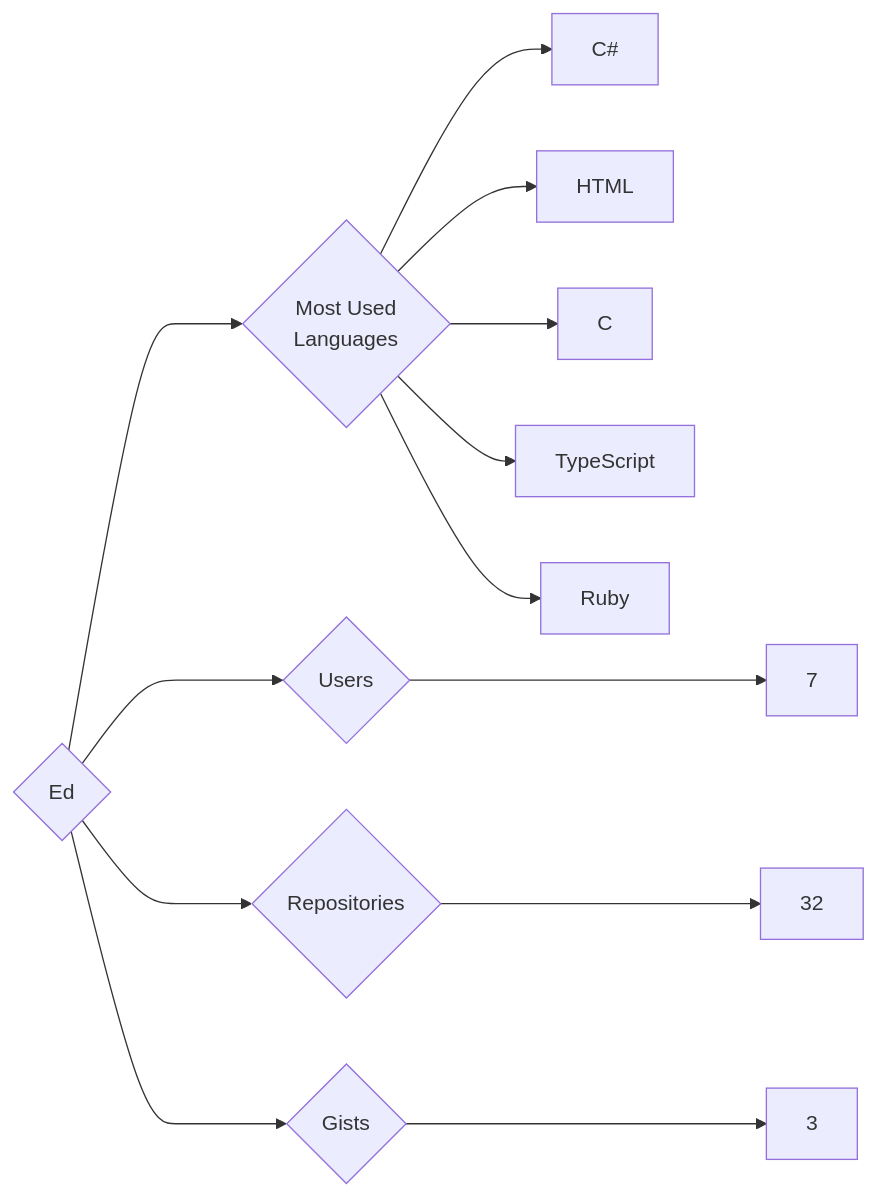
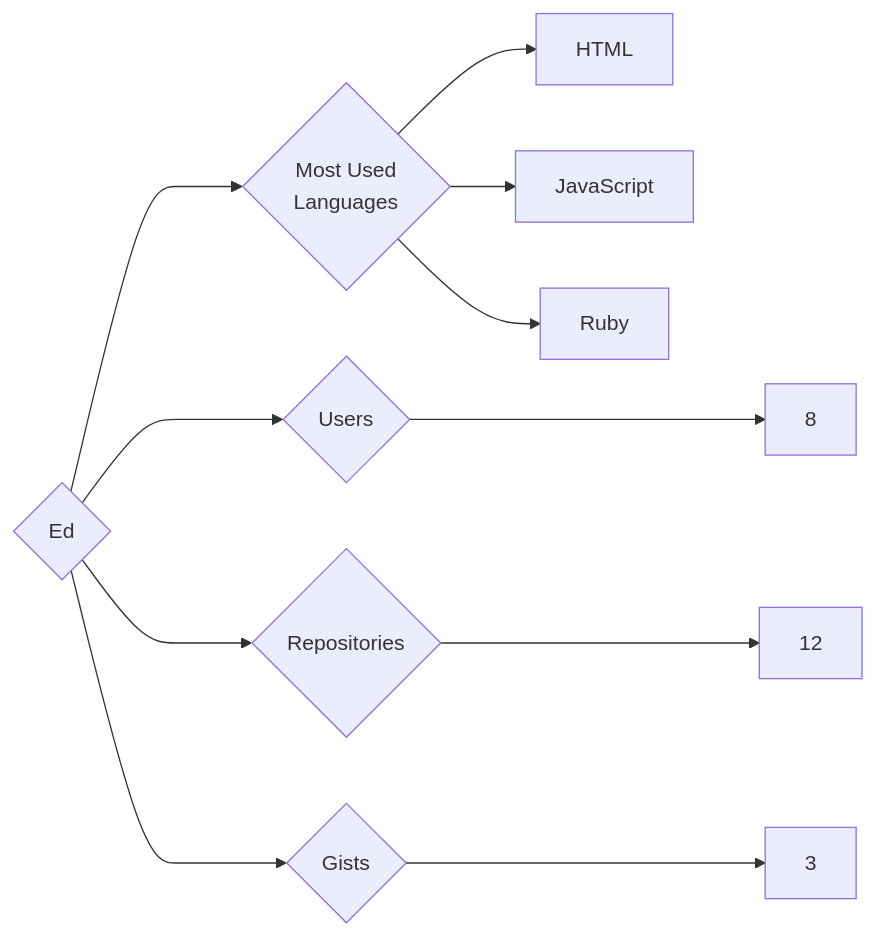
Before and after one commit to trickest/insiders: the diagram in targets/Ed/README.md, drawn with Mermaid. The commit also changed 1212 other files, not shown here.

````diff
--- a/targets/Ed/README.md
+++ b/targets/Ed/README.md
@@ -3,13 +3,11 @@
 ```mermaid
 graph LR
 COMPANY_NAME{Ed}
-COMPANY_NAME ---> U{Users} ---> UN[7]
-COMPANY_NAME ---> R{Repositories} ---> RN[32]
+COMPANY_NAME ---> U{Users} ---> UN[8]
+COMPANY_NAME ---> R{Repositories} ---> RN[12]
 COMPANY_NAME ---> G{Gists} ---> GN[3]
 COMPANY_NAME ---> ML{Most Used<br>Languages}
-ML --> C#[C#]
 ML --> HTML[HTML]
-ML --> C[C]
-ML --> TypeScript[TypeScript]
+ML --> JavaScript[JavaScript]
 ML --> Ruby[Ruby]
 ```
````
